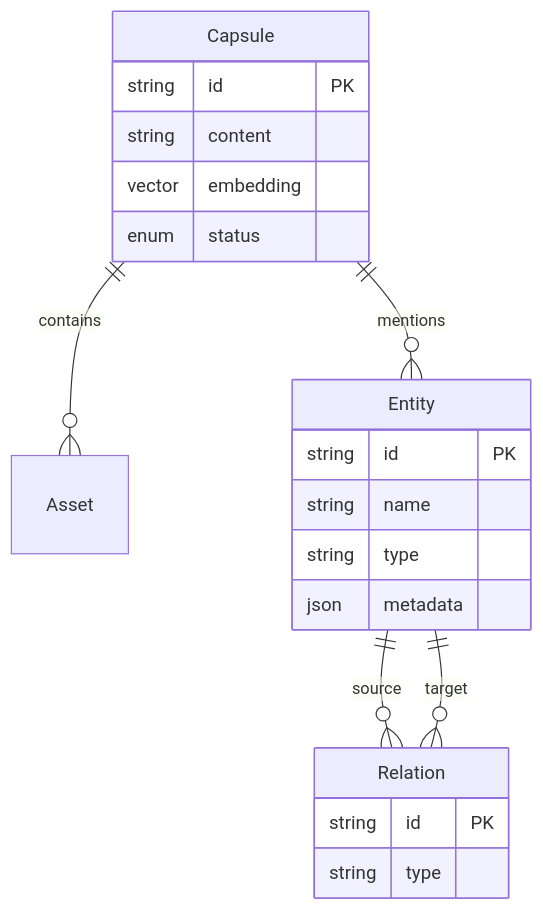
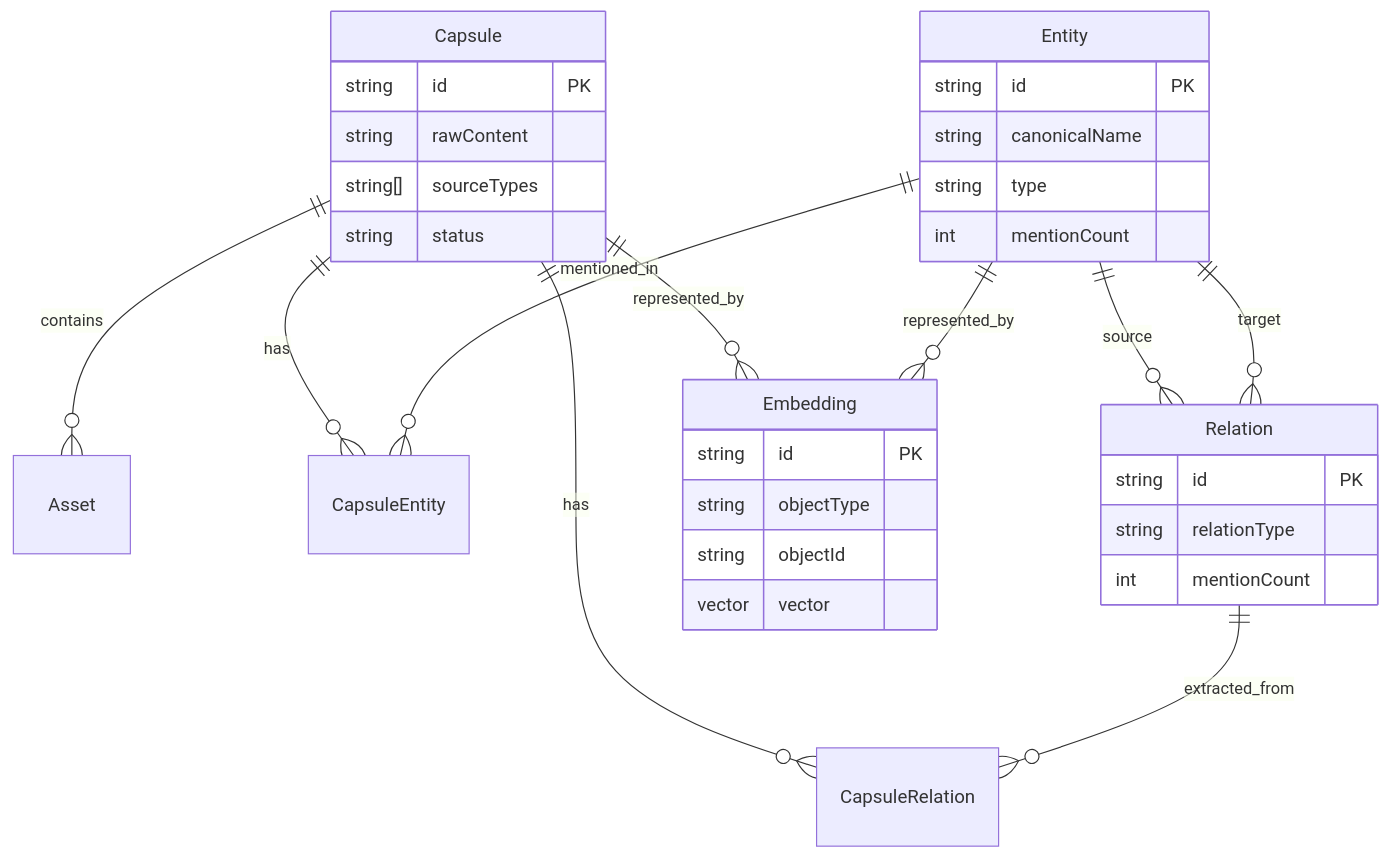
The second of 2 diagrams in TECHNICAL_DESIGN.md (bigBandFE/CapsulaAI), drawn with Mermaid before and after one commit. The commit also changed other lines of this file and 16 other files, not shown here.

Commit message:
feat: upgrade to Memory Engine V1 architecture

````diff
--- a/TECHNICAL_DESIGN.md
+++ b/TECHNICAL_DESIGN.md
@@ -87,23 +98,36 @@
 ```mermaid
 erDiagram
     Capsule ||--o{ Asset : contains
-    Capsule ||--o{ Entity : mentions
+    Capsule ||--o{ CapsuleEntity : has
+    Entity ||--o{ CapsuleEntity : mentioned_in
+    Capsule ||--o{ CapsuleRelation : has
+    Relation ||--o{ CapsuleRelation : extracted_from
     Entity ||--o{ Relation : source
     Entity ||--o{ Relation : target
+    Capsule ||--o{ Embedding : represented_by
+    Entity ||--o{ Embedding : represented_by
+
     Capsule {
         string id PK
-        string content
-        vector embedding
-        enum status
+        string rawContent
+        string[] sourceTypes
+        string status
     }
     Entity {
         string id PK
-        string name
+        string canonicalName
         string type
-        json metadata
+        int mentionCount
     }
     Relation {
         string id PK
-        string type
+        string relationType
+        int mentionCount
+    }
+    Embedding {
+        string id PK
+        string objectType
+        string objectId
+        vector vector
     }
 ```
````
